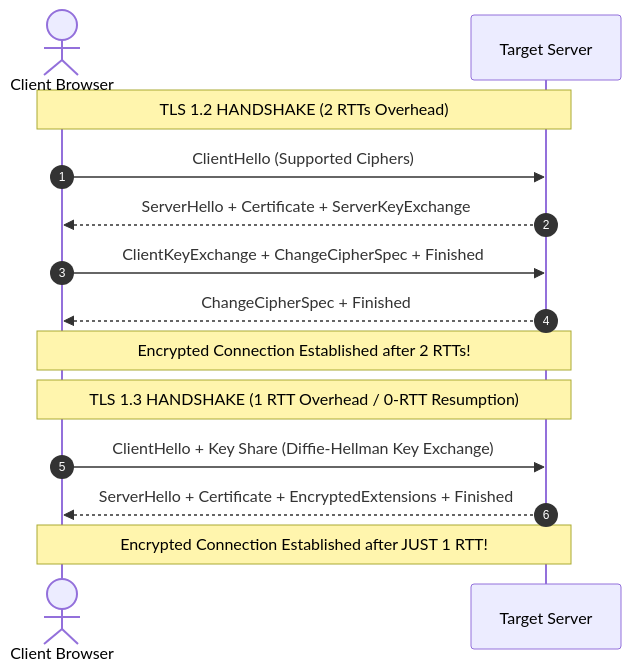
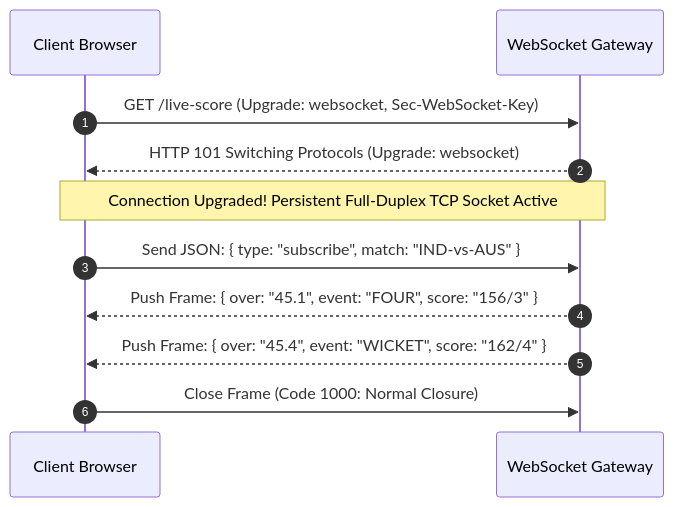
Before and after one commit to Amie-dev/engineering-playbook: the third of 4 diagrams in system-design-notes/03-networking-deep-dive.md, drawn with Mermaid. The commit also changed other lines of this file and 33 other files, not shown here.

````diff
--- a/system-design-notes/03-networking-deep-dive.md
+++ b/system-design-notes/03-networking-deep-dive.md
@@ -83,18 +110,14 @@
 ```mermaid
 sequenceDiagram
     autonumber
-    actor Client as Client Browser
-    participant Server as Target Server
+    participant Client as Client Browser
+    participant Server as WebSocket Gateway
 
-    note over Client,Server: TLS 1.2 HANDSHAKE (2 RTTs Overhead)
-    Client->>Server: ClientHello (Supported Ciphers)
-    Server-->>Client: ServerHello + Certificate + ServerKeyExchange
-    Client->>Server: ClientKeyExchange + ChangeCipherSpec + Finished
-    Server-->>Client: ChangeCipherSpec + Finished
-    note over Client,Server: Encrypted Connection Established after 2 RTTs!
-
-    note over Client,Server: TLS 1.3 HANDSHAKE (1 RTT Overhead / 0-RTT Resumption)
-    Client->>Server: ClientHello + Key Share (Diffie-Hellman Key Exchange)
-    Server-->>Client: ServerHello + Certificate + EncryptedExtensions + Finished
-    note over Client,Server: Encrypted Connection Established after JUST 1 RTT!
+    Client->>Server: GET /live-score (Upgrade: websocket, Sec-WebSocket-Key)
+    Server-->>Client: HTTP 101 Switching Protocols (Upgrade: websocket)
+    Note over Client,Server: Connection Upgraded! Persistent Full-Duplex TCP Socket Active
+    Client->>Server: Send JSON: { type: "subscribe", match: "IND-vs-AUS" }
+    Server-->>Client: Push Frame: { over: "45.1", event: "FOUR", score: "156/3" }
+    Server-->>Client: Push Frame: { over: "45.4", event: "WICKET", score: "162/4" }
+    Client->>Server: Close Frame (Code 1000: Normal Closure)
 ```
````
